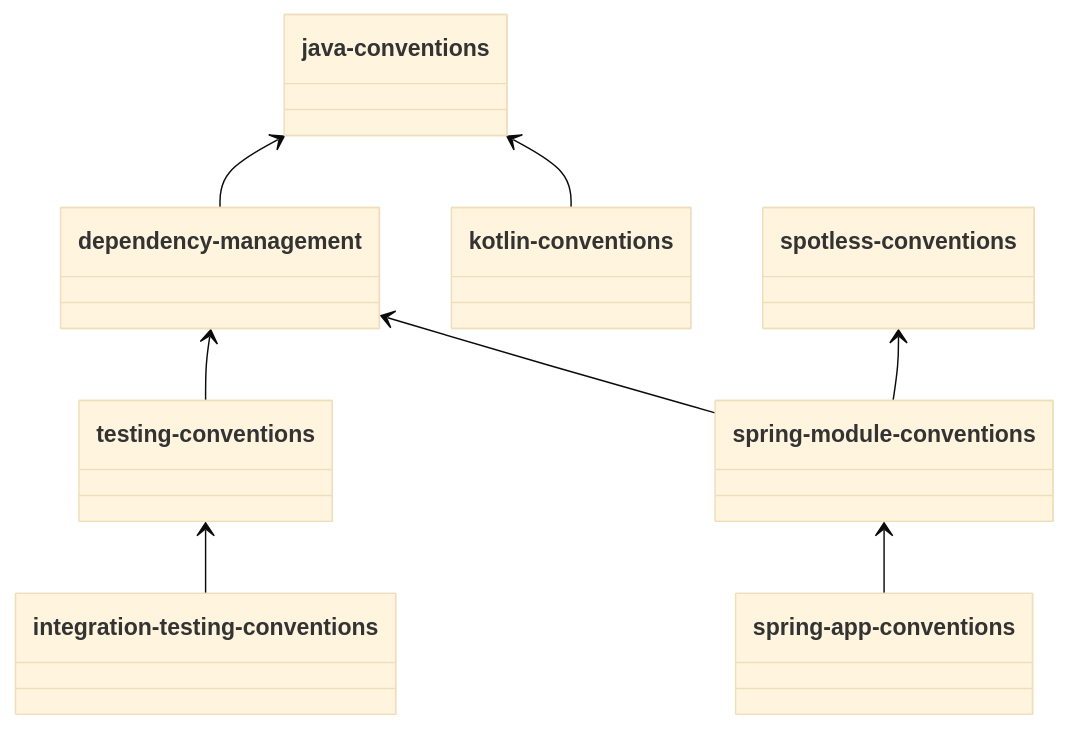
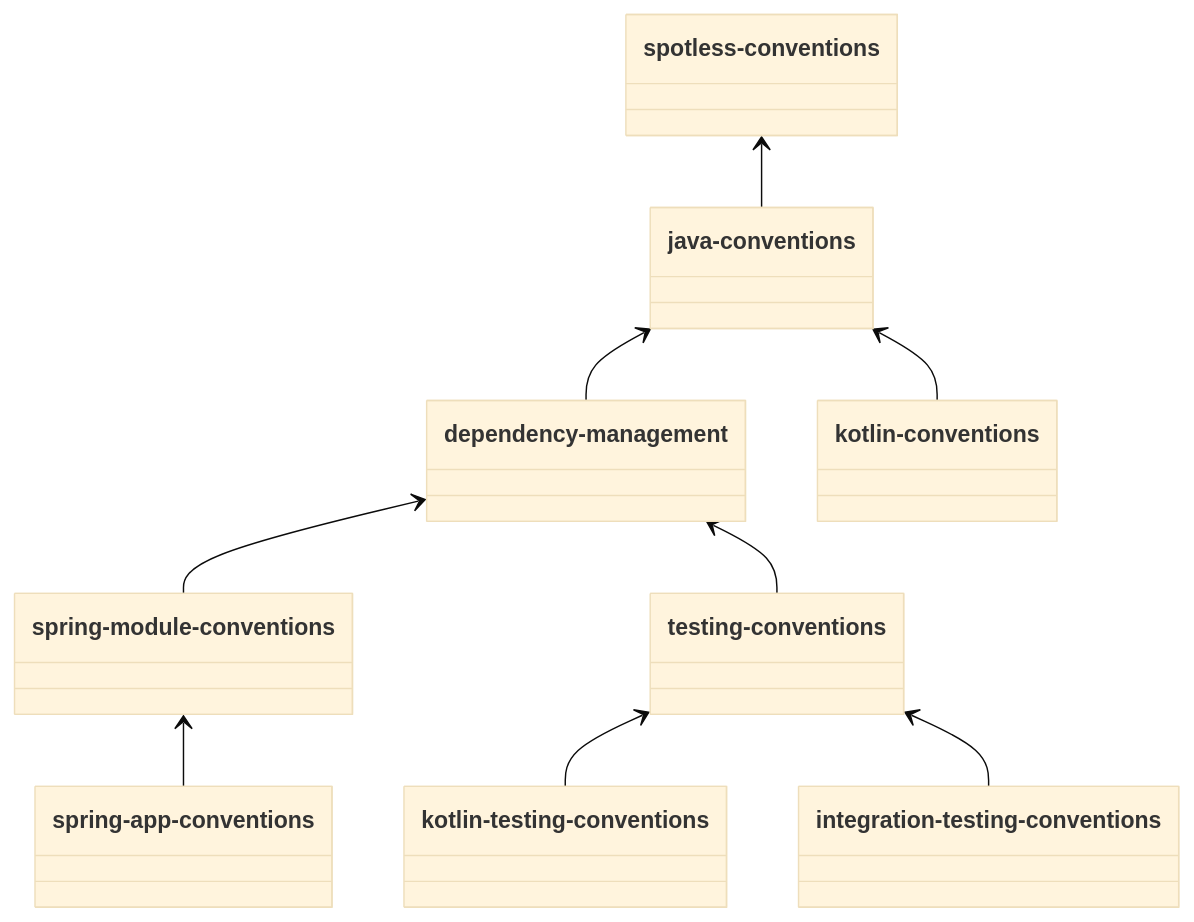
Before and after one commit to BSStudio/bss-web-admin-backend: the diagram in buildSrc/README.md, drawn with Mermaid (base theme). The commit also changed 3 other files, not shown here.

````diff
--- a/buildSrc/README.md
+++ b/buildSrc/README.md
@@ -6,21 +6,23 @@
 ```mermaid
 classDiagram
 direction BT
 
 class kotlin-conventions
 class java-conventions
 class dependency-management
 class integration-testing-conventions
 class spotless-conventions
 class spring-app-conventions
 class spring-module-conventions
 class testing-conventions
+class kotlin-testing-conventions
 
-kotlin-conventions --> java-conventions
+kotlin-testing-conventions --> testing-conventions
 integration-testing-conventions --> testing-conventions
 spring-app-conventions --> spring-module-conventions
 spring-module-conventions --> dependency-management
 dependency-management --> java-conventions
 testing-conventions --> dependency-management
-spring-module-conventions --> spotless-conventions
+java-conventions --> spotless-conventions
+kotlin-conventions --> java-conventions
 ```
````
